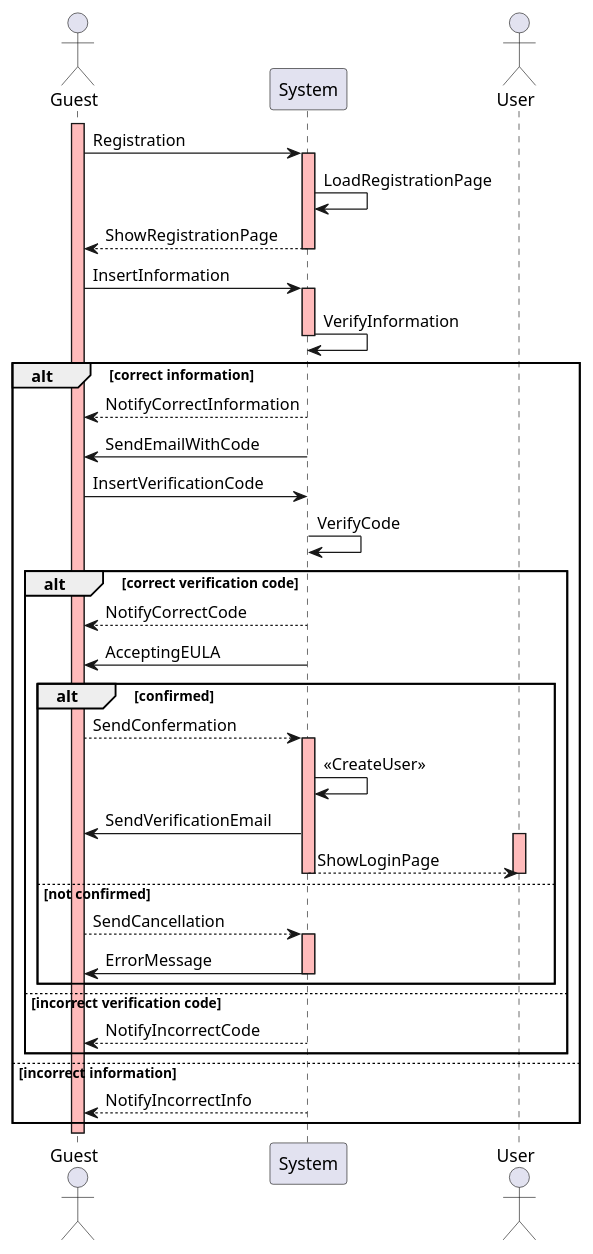
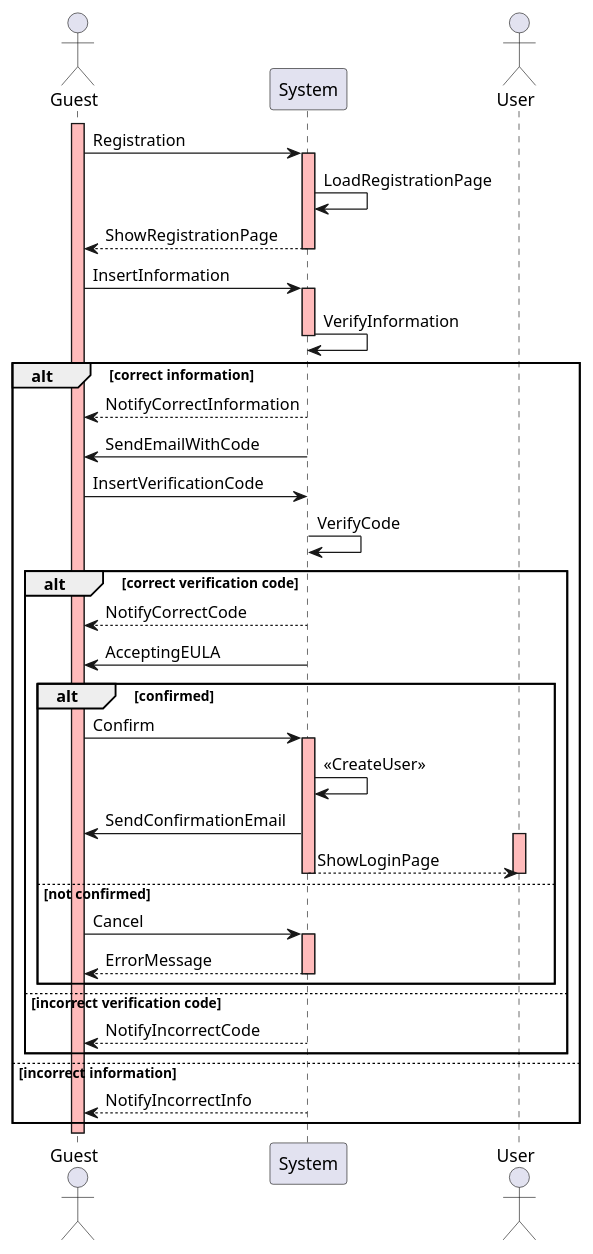
The diagram in rasd/sequence_diagram/sequence_diagram_signup.plantuml (fcremo/AlfonsoCarsenzuolaCremonese-ingsw2), drawn with PlantUML before and after one commit. The commit also changed 2 other files, not shown here.

Commit message:
update sequence diagrams

```diff
--- a/rasd/sequence_diagram/sequence_diagram_signup.plantuml
+++ b/rasd/sequence_diagram/sequence_diagram_signup.plantuml
@@ -1,53 +1,52 @@
 @startuml
 
 actor Guest
 participant System
 actor User
 
 activate Guest #FFBBBB
 Guest -> System: Registration
 activate System #FFBBBB
 System -> System: LoadRegistrationPage
 System --> Guest: ShowRegistrationPage
 deactivate System #FFBBBB
 Guest -> System: InsertInformation
 activate System #FFBBBB
 System -> System: VerifyInformation
 deactivate System #FFBBBB
 
 alt correct information
   System --> Guest: NotifyCorrectInformation
   System -> Guest: SendEmailWithCode
   Guest -> System: InsertVerificationCode
   System -> System: VerifyCode
 
   alt correct verification code
       System --> Guest: NotifyCorrectCode
       System -> Guest: AcceptingEULA
 
       alt confirmed
-        Guest --> System: SendConfermation
+        Guest -> System: Confirm
         activate System #FFBBBB
         System -> System: <<CreateUser>>
-        System -> Guest: SendVerificationEmail
+        System -> Guest: SendConfirmationEmail
         activate User #FFBBBB
         System --> User: ShowLoginPage
         deactivate User #FFBBBB
         deactivate System #FFBBBB
       else not confirmed
-        Guest --> System: SendCancellation
+        Guest -> System: Cancel
         activate System #FFBBBB
-        System -> Guest: ErrorMessage
+        System --> Guest: ErrorMessage
         deactivate System #FFBBBB
       end
 
   else incorrect verification code
     System --> Guest: NotifyIncorrectCode
   end
 
 else incorrect information
-  activate System #FFBBBB
   System --> Guest: NotifyIncorrectInfo
 end
 
 @enduml
```
